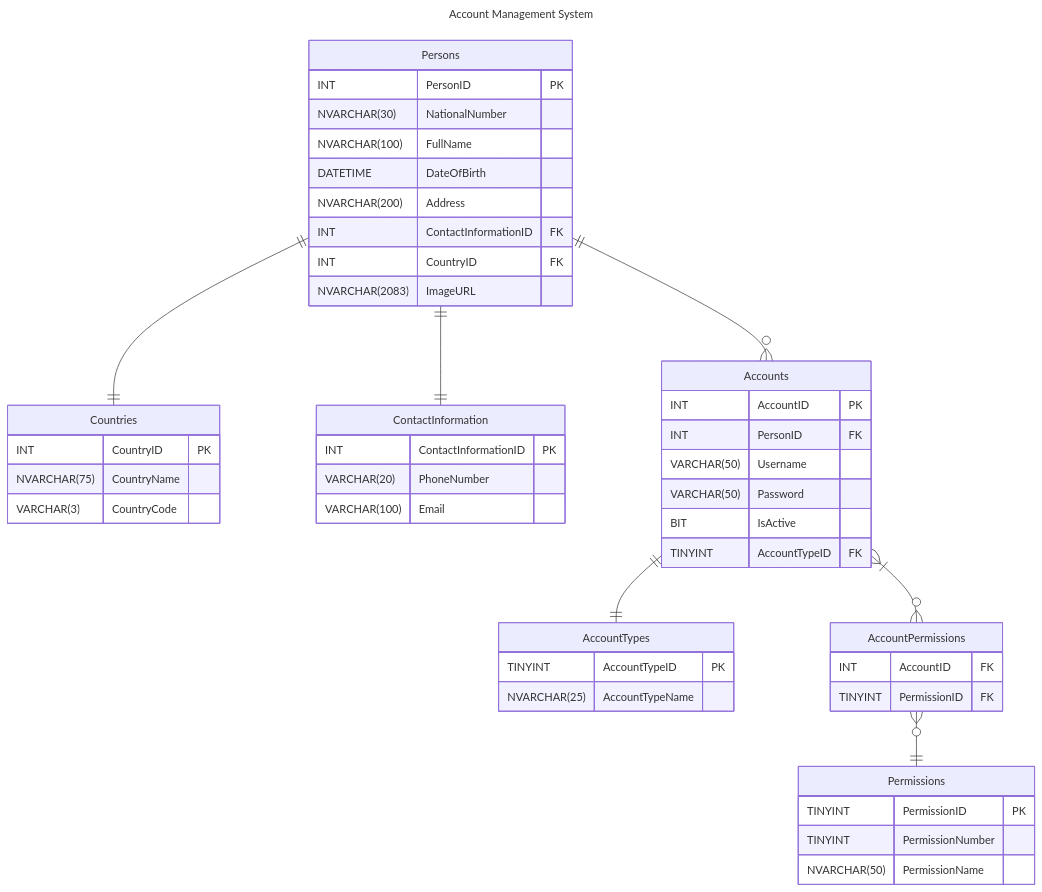
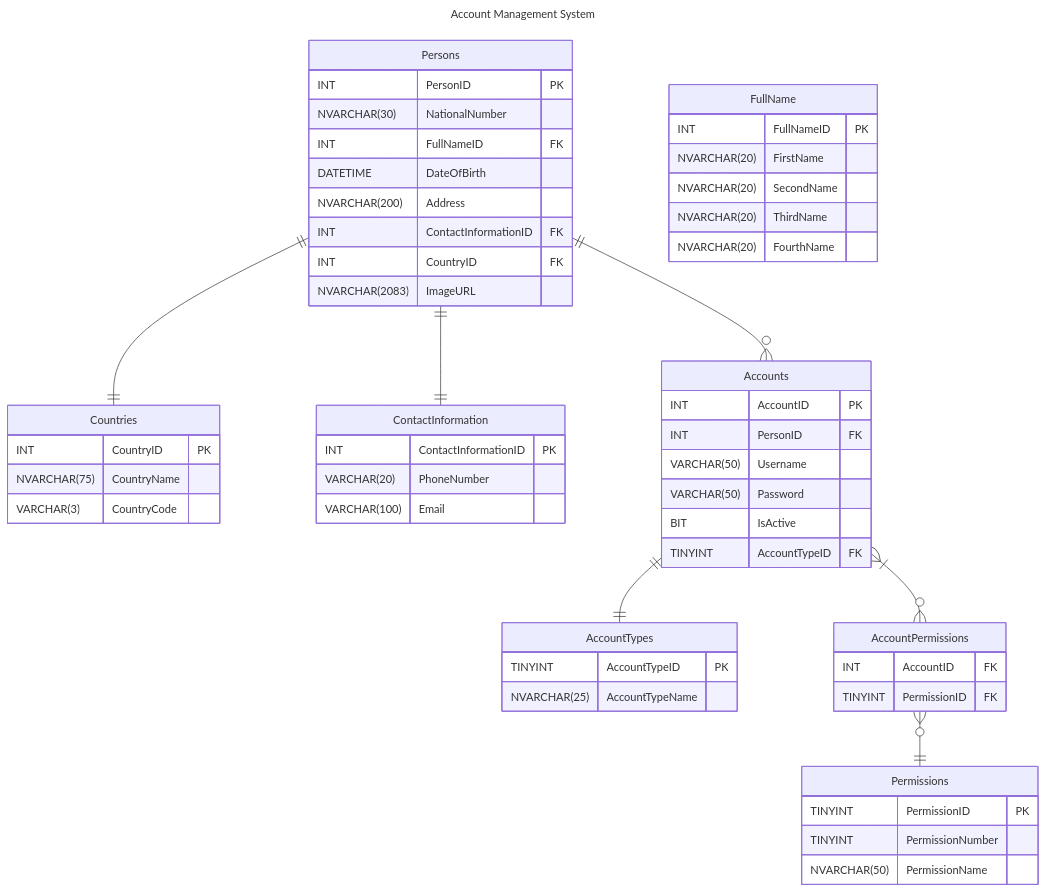
Before and after one commit to M4MD24/Full-Real-Project-by-Programming-Advices: the diagram in RelationalSchemasAndDatabases/AccountManagementSystem/AccountManagementSystem.mmd, drawn with Mermaid.

Commit message:
Enhance FullName Logic in (Account Management System) Relational Schema

```diff
--- a/RelationalSchemasAndDatabases/AccountManagementSystem/AccountManagementSystem.mmd
+++ b/RelationalSchemasAndDatabases/AccountManagementSystem/AccountManagementSystem.mmd
@@ -1,52 +1,59 @@
 ---
 title: Account Management System
 ---
 erDiagram
     Persons {
         INT PersonID PK
         NVARCHAR(30) NationalNumber
-        NVARCHAR(100) FullName
+        INT FullNameID FK
         DATETIME DateOfBirth
         NVARCHAR(200) Address
         INT ContactInformationID FK
         INT CountryID FK
         NVARCHAR(2083) ImageURL
+    }
+    FullName {
+        INT FullNameID PK
+        NVARCHAR(20) FirstName
+        NVARCHAR(20) SecondName
+        NVARCHAR(20) ThirdName
+        NVARCHAR(20) FourthName
     }
     Countries {
         INT CountryID PK
         NVARCHAR(75) CountryName
         VARCHAR(3) CountryCode
     }
     ContactInformation {
         INT ContactInformationID PK
         VARCHAR(20) PhoneNumber
         VARCHAR(100) Email
     }
     AccountTypes {
         TINYINT AccountTypeID PK
         NVARCHAR(25) AccountTypeName
     }
     Accounts {
         INT AccountID PK
         INT PersonID FK
         VARCHAR(50) Username
         VARCHAR(50) Password
         BIT IsActive
         TINYINT AccountTypeID FK
     }
     AccountPermissions {
         INT AccountID FK
         TINYINT PermissionID FK
     }
     Permissions {
         TINYINT PermissionID PK
         TINYINT PermissionNumber
         NVARCHAR(50) PermissionName
     }
 
     Persons ||--|| Countries: ""
     Persons ||--|| ContactInformation: ""
     Persons ||--o{ Accounts: ""
     Accounts ||--|| AccountTypes: ""
     Accounts }|--o{ AccountPermissions: ""
     AccountPermissions }o--|| Permissions: ""
```
